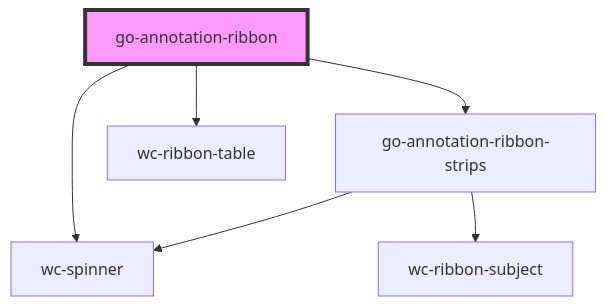
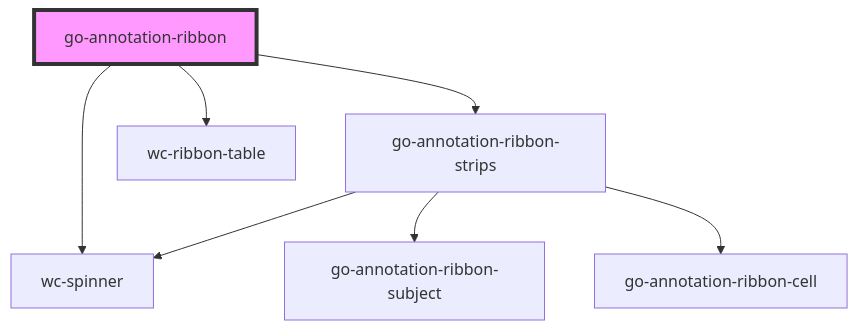
One commit to geneontology/web-components changed the diagram in src/components/annotation-ribbon/readme.md. Above: the diagram before and after it, drawn with Mermaid. The commit also changed 8 other files, not shown here.

Commit message:
Rename wc-ribbon-subject to go-annotation-ribbon-subject

````diff
--- a/src/components/annotation-ribbon/readme.md
+++ b/src/components/annotation-ribbon/readme.md
@@ -55,9 +55,10 @@
 ```mermaid
 graph TD;
   go-annotation-ribbon --> go-annotation-ribbon-strips
   go-annotation-ribbon --> wc-spinner
   go-annotation-ribbon --> wc-ribbon-table
   go-annotation-ribbon-strips --> wc-spinner
-  go-annotation-ribbon-strips --> wc-ribbon-subject
+  go-annotation-ribbon-strips --> go-annotation-ribbon-subject
+  go-annotation-ribbon-strips --> go-annotation-ribbon-cell
   style go-annotation-ribbon fill:#f9f,stroke:#333,stroke-width:4px
 ```
````
